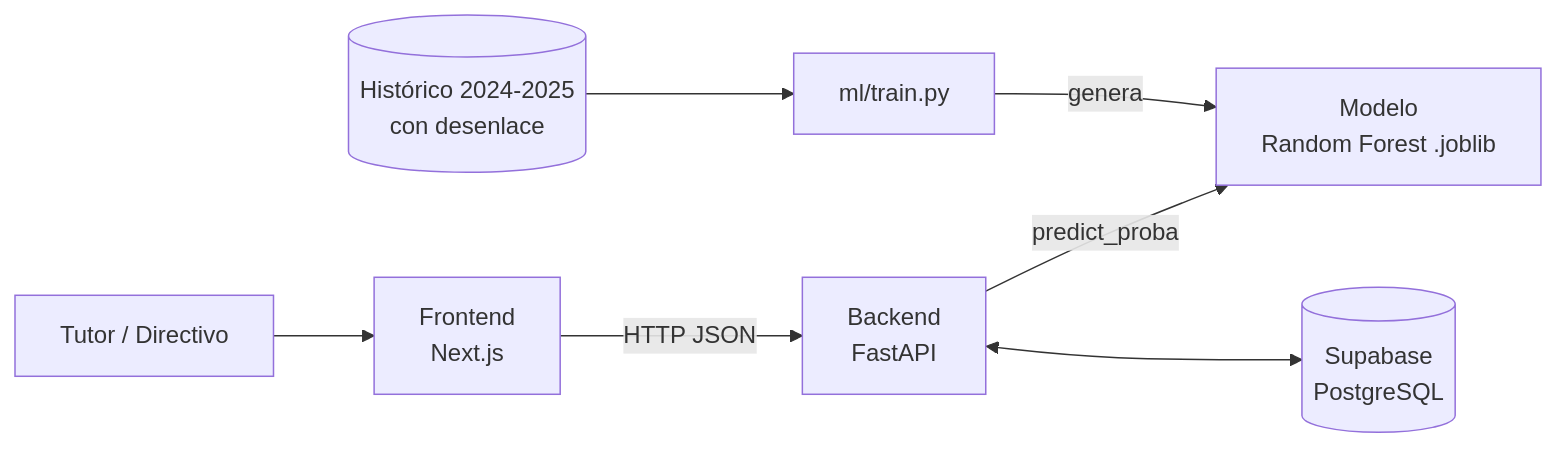
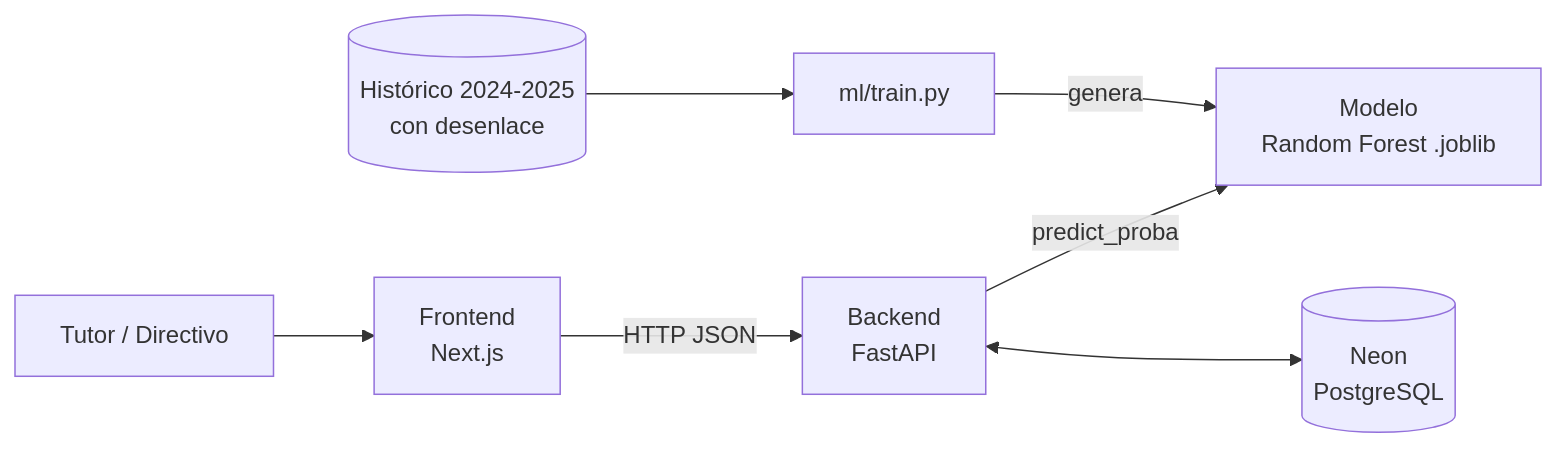
Before and after one commit to marclo-j/web-ml: the first of 2 diagrams in docs/ARQUITECTURA.md, drawn with Mermaid. The commit also changed other lines of this file and 17 other files, not shown here.

````diff
--- a/docs/ARQUITECTURA.md
+++ b/docs/ARQUITECTURA.md
@@ -6,9 +6,9 @@
 ```mermaid
 flowchart LR
   U[Tutor / Directivo] --> F[Frontend<br/>Next.js]
   F -->|HTTP JSON| B[Backend<br/>FastAPI]
   B -->|predict_proba| M[Modelo<br/>Random Forest .joblib]
-  B <--> D[(Supabase<br/>PostgreSQL)]
+  B <--> D[(Neon<br/>PostgreSQL)]
   H[(Histórico 2024-2025<br/>con desenlace)] --> T[ml/train.py]
   T -->|genera| M
 ```
````
